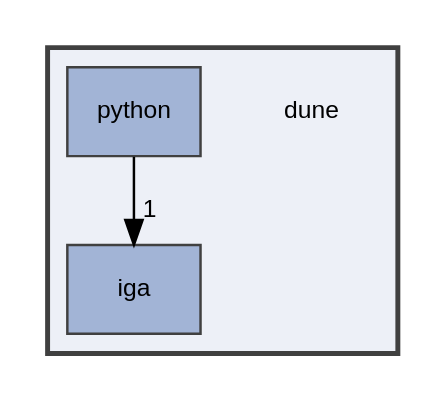
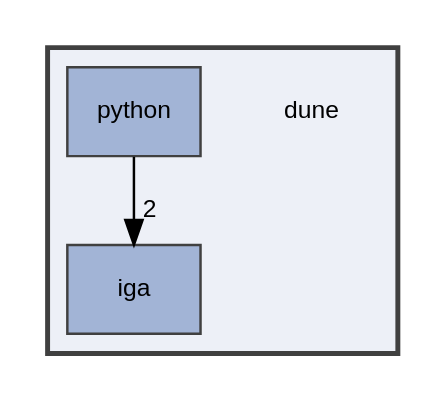
The diagram in dir_5e69be5995c9f5d42bf491ae6f29600e_dep.dot (rath3t/dune-iga-doc), drawn with Graphviz before and after one commit. The commit also changed 998 other files, not shown here.

```diff
--- a/dir_5e69be5995c9f5d42bf491ae6f29600e_dep.dot
+++ b/dir_5e69be5995c9f5d42bf491ae6f29600e_dep.dot
@@ -1,14 +1,14 @@
 digraph "dune"
 {
  // LATEX_PDF_SIZE
   edge [fontname="Helvetica",fontsize="10",labelfontname="Helvetica",labelfontsize="10"];
   node [fontname="Helvetica",fontsize="10",shape=record];
   compound=true
   subgraph clusterdir_5e69be5995c9f5d42bf491ae6f29600e {
     graph [ bgcolor="#edf0f7", pencolor="grey25", style="filled,bold,", label="", fontname="Helvetica", fontsize="10", URL="dir_5e69be5995c9f5d42bf491ae6f29600e.html"]
     dir_5e69be5995c9f5d42bf491ae6f29600e [shape=plaintext, label="dune"];
   dir_d2a3c23294a1b1015b1b8e8721ddded8 [shape=box, label="iga", style="filled,", fillcolor="#a2b4d6", color="grey25", URL="dir_d2a3c23294a1b1015b1b8e8721ddded8.html"];
   dir_e42d0074801678c644b0e137d50ef233 [shape=box, label="python", style="filled,", fillcolor="#a2b4d6", color="grey25", URL="dir_e42d0074801678c644b0e137d50ef233.html"];
   }
-  dir_e42d0074801678c644b0e137d50ef233->dir_d2a3c23294a1b1015b1b8e8721ddded8 [headlabel="1", labeldistance=1.5 headhref="dir_000009_000006.html"];
+  dir_e42d0074801678c644b0e137d50ef233->dir_d2a3c23294a1b1015b1b8e8721ddded8 [headlabel="2", labeldistance=1.5 headhref="dir_000009_000006.html"];
 }
```
